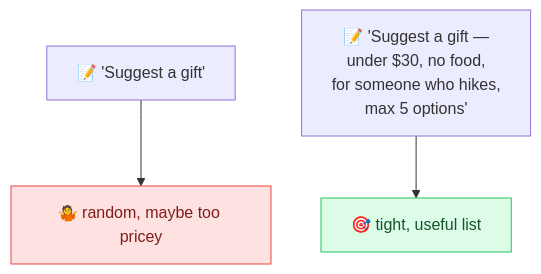
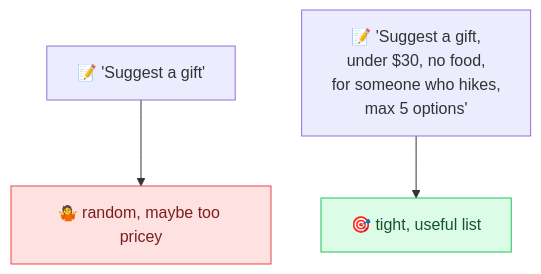
The diagram in techniques/constraints.md (behnia137/prompt-engineering-visual), drawn with Mermaid before and after one commit. The commit also changed other lines of this file and 26 other files, not shown here.

````diff
--- a/techniques/constraints.md
+++ b/techniques/constraints.md
@@ -7,7 +7,7 @@
 ```mermaid
 flowchart TB
     P["📝 'Suggest a gift'"] --> O1[🤷 random, maybe too pricey]
-    Q["📝 'Suggest a gift —<br/>under $30, no food,<br/>for someone who hikes,<br/>max 5 options'"] --> O2[🎯 tight, useful list]
+    Q["📝 'Suggest a gift,<br/>under $30, no food,<br/>for someone who hikes,<br/>max 5 options'"] --> O2[🎯 tight, useful list]
     style O1 fill:#fee2e2,stroke:#ef4444,color:#7f1d1d
     style O2 fill:#dcfce7,stroke:#22c55e,color:#14532d
 ```
````
